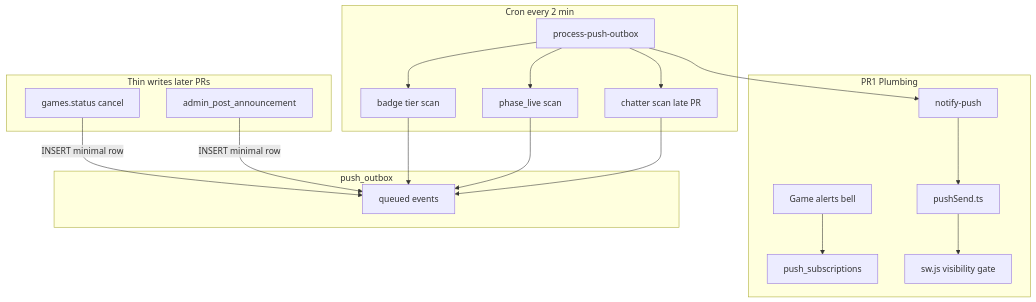
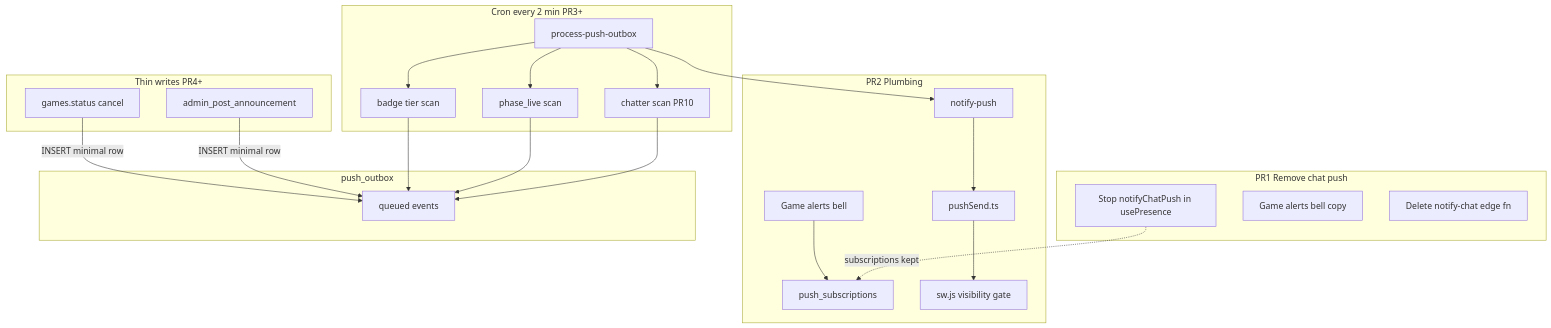
The diagram in docs/intent-aligned-push-refactor-v2-rollout.md (achang0406/disc-check), drawn with Mermaid before and after one commit. The commit also changed other lines of this file, not shown here.

````diff
--- a/docs/intent-aligned-push-refactor-v2-rollout.md
+++ b/docs/intent-aligned-push-refactor-v2-rollout.md
@@ -45,35 +47,41 @@
 ```mermaid
 flowchart TD
-  subgraph pr1 [PR1 Plumbing]
+  subgraph pr1 [PR1 Remove chat push]
+    StopInvoke[Stop notifyChatPush in usePresence]
+    BellRename[Game alerts bell copy]
+    DelNotifyChat[Delete notify-chat edge fn]
+  end
+  subgraph pr2 [PR2 Plumbing]
     Bell[Game alerts bell]
     Subs[push_subscriptions]
     PushSend[pushSend.ts]
     NotifyPush[notify-push]
     SW[sw.js visibility gate]
     Bell --> Subs
   end
-  subgraph writes [Thin writes later PRs]
+  subgraph writes [Thin writes PR4+]
     Cancel[games.status cancel]
     AdminRPC[admin_post_announcement]
   end
-  subgraph cron [Cron every 2 min]
+  subgraph cron [Cron every 2 min PR3+]
     Processor[process-push-outbox]
     BadgeScan[badge tier scan]
     LiveScan[phase_live scan]
-    ChatterScan[chatter scan late PR]
+    ChatterScan[chatter scan PR10]
   end
   subgraph outbox [push_outbox]
     Queue[queued events]
   end
+  StopInvoke -.->|"subscriptions kept"| Subs
   Cancel -->|"INSERT minimal row"| Queue
   AdminRPC -->|"INSERT minimal row"| Queue
   Processor --> BadgeScan
   Processor --> LiveScan
   Processor --> ChatterScan
   BadgeScan --> Queue
   LiveScan --> Queue
   ChatterScan --> Queue
   Processor --> NotifyPush
   NotifyPush --> PushSend
   PushSend --> SW
 ```
````
